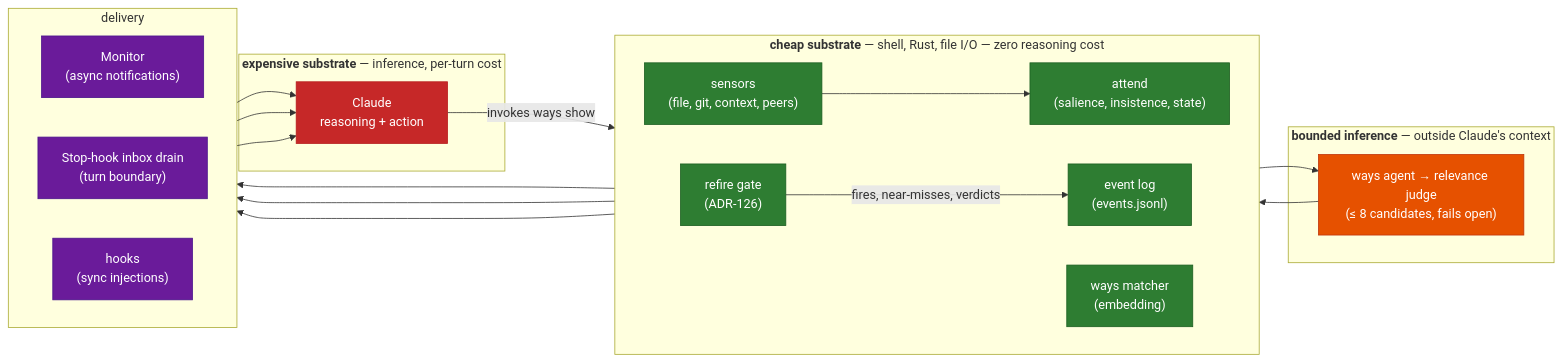
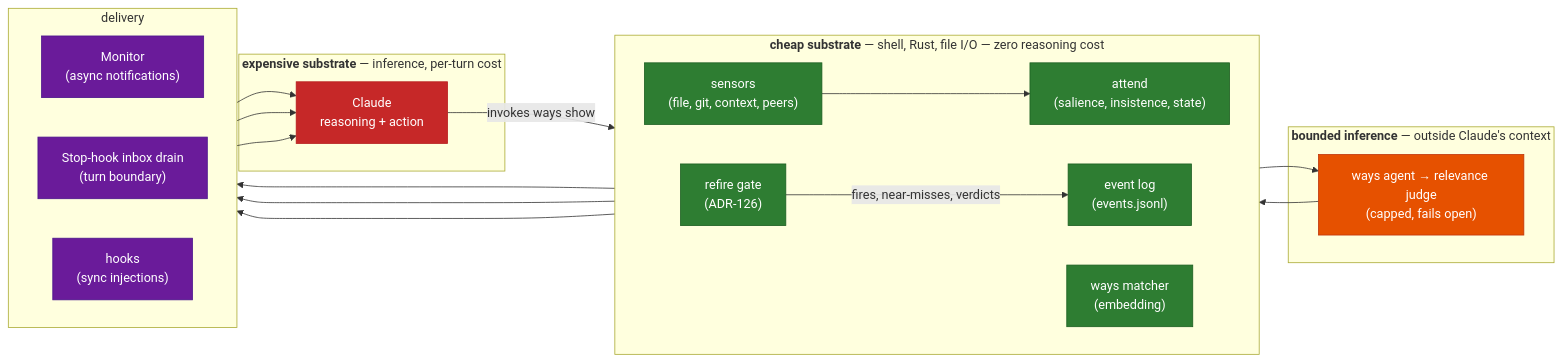
The first of 3 diagrams in docs/cognitive-loop.md (aaronsb/agent-ways), drawn with Mermaid before and after one commit. The commit also changed other lines of this file and 9 other files, not shown here.

First line of the commit message:
docs(architecture): address review: agent scope, fire_score, judge lanes and switches

````diff
--- a/docs/cognitive-loop.md
+++ b/docs/cognitive-loop.md
@@ -35,45 +35,45 @@
 ```mermaid
 flowchart LR
     classDef cheap fill:#2E7D32,stroke:#1B5E20,color:#fff
     classDef bounded fill:#E65100,stroke:#BF360C,color:#fff
     classDef expensive fill:#C62828,stroke:#B71C1C,color:#fff
     classDef delivery fill:#6A1B9A,stroke:#4A148C,color:#fff
 
     subgraph CheapSub["<b>cheap substrate</b> — shell, Rust, file I/O — zero reasoning cost"]
         direction LR
         Sensors["sensors<br/>(file, git, context, peers)"]:::cheap
         Attend["attend<br/>(salience, insistence, state)"]:::cheap
         Matcher["ways matcher<br/>(embedding)"]:::cheap
         Gate["refire gate<br/>(ADR-126)"]:::cheap
         Log["event log<br/>(events.jsonl)"]:::cheap
     end
 
     subgraph Bounded["<b>bounded inference</b> — outside Claude's context"]
-        Judge["ways agent → relevance judge<br/>(≤ 8 candidates, fails open)"]:::bounded
+        Judge["ways agent → relevance judge<br/>(capped, fails open)"]:::bounded
     end
 
     subgraph Del["delivery"]
         direction LR
         Monitor["Monitor<br/>(async notifications)"]:::delivery
         Drain["Stop-hook inbox drain<br/>(turn boundary)"]:::delivery
         Hooks["hooks<br/>(sync injections)"]:::delivery
     end
 
     subgraph Exp["<b>expensive substrate</b> — inference, per-turn cost"]
         Claude["Claude<br/>reasoning + action"]:::expensive
     end
 
     Sensors --> Attend
     Attend --> Monitor
     Attend --> Drain
     Matcher --> Judge
     Judge --> Gate
     Gate --> Hooks
 
     Monitor --> Claude
     Drain --> Claude
     Hooks --> Claude
 
     Gate -->|"fires, near-misses, verdicts"| Log
     Claude -->|"invokes ways show"| Gate
 ```
````
